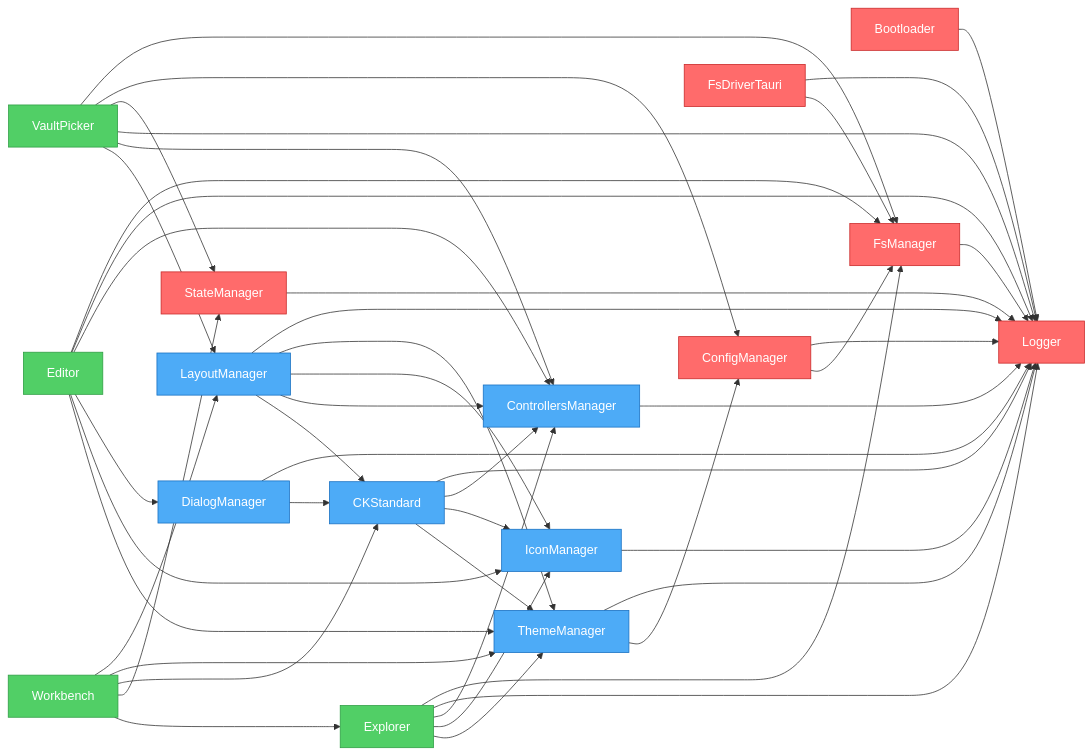
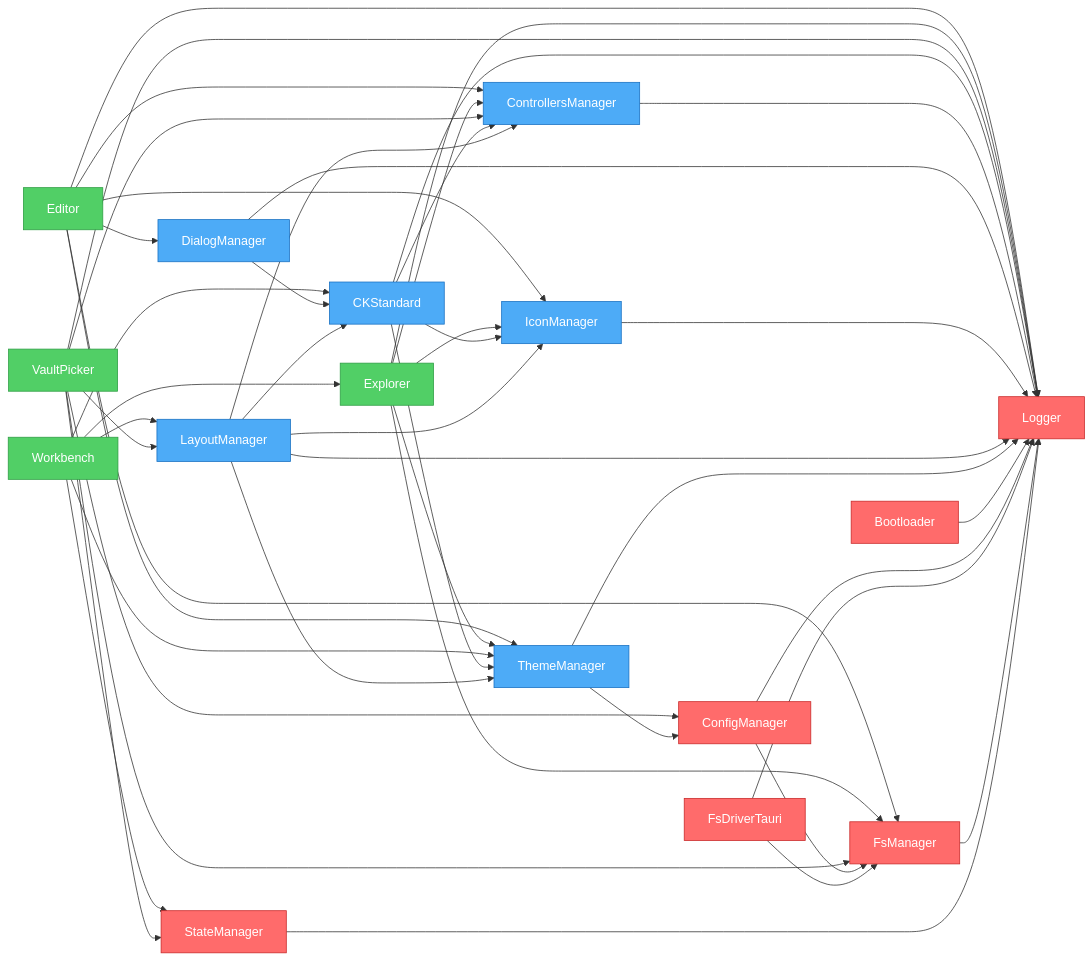
One commit to khton-tech/notehub.md changed the diagram in artifacts/graph.mmd. Above: the diagram before and after it, drawn with Mermaid. The commit also changed other lines of this file and 4 other files, not shown here.

```diff
--- a/artifacts/graph.mmd
+++ b/artifacts/graph.mmd
@@ -1,70 +1,70 @@
 flowchart LR
     nh_features_editor["Editor"]
     nh_features_explorer["Explorer"]
     nh_features_workbench["Workbench"]
     nh_features_vault-picker["VaultPicker"]
+    nh_ui_ck-standard["CKStandard"]
+    nh_ui_controllers-manager["ControllersManager"]
+    nh_ui_dialog-manager["DialogManager"]
+    nh_ui_icon-manager["IconManager"]
+    nh_ui_layout-manager["LayoutManager"]
+    nh_ui_theme-manager["ThemeManager"]
     nh_system_bootloader["Bootloader"]
     nh_system_config-manager["ConfigManager"]
     nh_system_fs-driver-tauri["FsDriverTauri"]
     nh_system_fs-manager["FsManager"]
     nh_system_logger["Logger"]
     nh_system_state-manager["StateManager"]
-    nh_ui_ck-standard["CKStandard"]
-    nh_ui_controllers-manager["ControllersManager"]
-    nh_ui_dialog-manager["DialogManager"]
-    nh_ui_icon-manager["IconManager"]
-    nh_ui_layout-manager["LayoutManager"]
-    nh_ui_theme-manager["ThemeManager"]
     nh_features_editor --> nh_system_fs-manager
     nh_features_editor --> nh_system_logger
     nh_features_editor --> nh_ui_controllers-manager
     nh_features_editor --> nh_ui_dialog-manager
     nh_features_editor --> nh_ui_icon-manager
     nh_features_editor --> nh_ui_theme-manager
     nh_features_explorer --> nh_system_fs-manager
     nh_features_explorer --> nh_system_logger
     nh_features_explorer --> nh_ui_controllers-manager
     nh_features_explorer --> nh_ui_icon-manager
     nh_features_explorer --> nh_ui_theme-manager
     nh_features_workbench --> nh_ui_layout-manager
     nh_features_workbench --> nh_ui_theme-manager
     nh_features_workbench --> nh_ui_ck-standard
     nh_features_workbench --> nh_system_state-manager
     nh_features_workbench --> nh_features_explorer
     nh_features_vault-picker --> nh_system_fs-manager
     nh_features_vault-picker --> nh_system_config-manager
     nh_features_vault-picker --> nh_system_state-manager
     nh_features_vault-picker --> nh_system_logger
     nh_features_vault-picker --> nh_ui_controllers-manager
     nh_features_vault-picker --> nh_ui_layout-manager
-    nh_system_bootloader --> nh_system_logger
-    nh_system_config-manager --> nh_system_logger
-    nh_system_config-manager --> nh_system_fs-manager
-    nh_system_fs-driver-tauri --> nh_system_logger
-    nh_system_fs-driver-tauri --> nh_system_fs-manager
-    nh_system_fs-manager --> nh_system_logger
-    nh_system_state-manager --> nh_system_logger
     nh_ui_ck-standard --> nh_system_logger
     nh_ui_ck-standard --> nh_ui_controllers-manager
     nh_ui_ck-standard --> nh_ui_icon-manager
     nh_ui_ck-standard --> nh_ui_theme-manager
     nh_ui_controllers-manager --> nh_system_logger
     nh_ui_dialog-manager --> nh_system_logger
     nh_ui_dialog-manager --> nh_ui_ck-standard
     nh_ui_icon-manager --> nh_system_logger
     nh_ui_layout-manager --> nh_system_logger
     nh_ui_layout-manager --> nh_ui_theme-manager
     nh_ui_layout-manager --> nh_ui_icon-manager
     nh_ui_layout-manager --> nh_ui_controllers-manager
     nh_ui_layout-manager --> nh_ui_ck-standard
     nh_ui_theme-manager --> nh_system_logger
     nh_ui_theme-manager --> nh_system_config-manager
+    nh_system_bootloader --> nh_system_logger
+    nh_system_config-manager --> nh_system_logger
+    nh_system_config-manager --> nh_system_fs-manager
+    nh_system_fs-driver-tauri --> nh_system_logger
+    nh_system_fs-driver-tauri --> nh_system_fs-manager
+    nh_system_fs-manager --> nh_system_logger
+    nh_system_state-manager --> nh_system_logger
 
     %% Styles
     classDef system fill:#ff6b6b,stroke:#c92a2a,color:#fff
     classDef ui fill:#4dabf7,stroke:#1971c2,color:#fff
     classDef feature fill:#51cf66,stroke:#2f9e44,color:#fff
     class nh_features_editor,nh_features_explorer,nh_features_workbench feature
     class nh_features_vault-picker feature
+    class nh_ui_ck-standard,nh_ui_controllers-manager,nh_ui_dialog-manager,nh_ui_icon-manager,nh_ui_layout-manager,nh_ui_theme-manager ui
     class nh_system_bootloader,nh_system_config-manager,nh_system_fs-driver-tauri,nh_system_fs-manager,nh_system_logger,nh_system_state-manager system
-    class nh_ui_ck-standard,nh_ui_controllers-manager,nh_ui_dialog-manager,nh_ui_icon-manager,nh_ui_layout-manager,nh_ui_theme-manager ui
```
